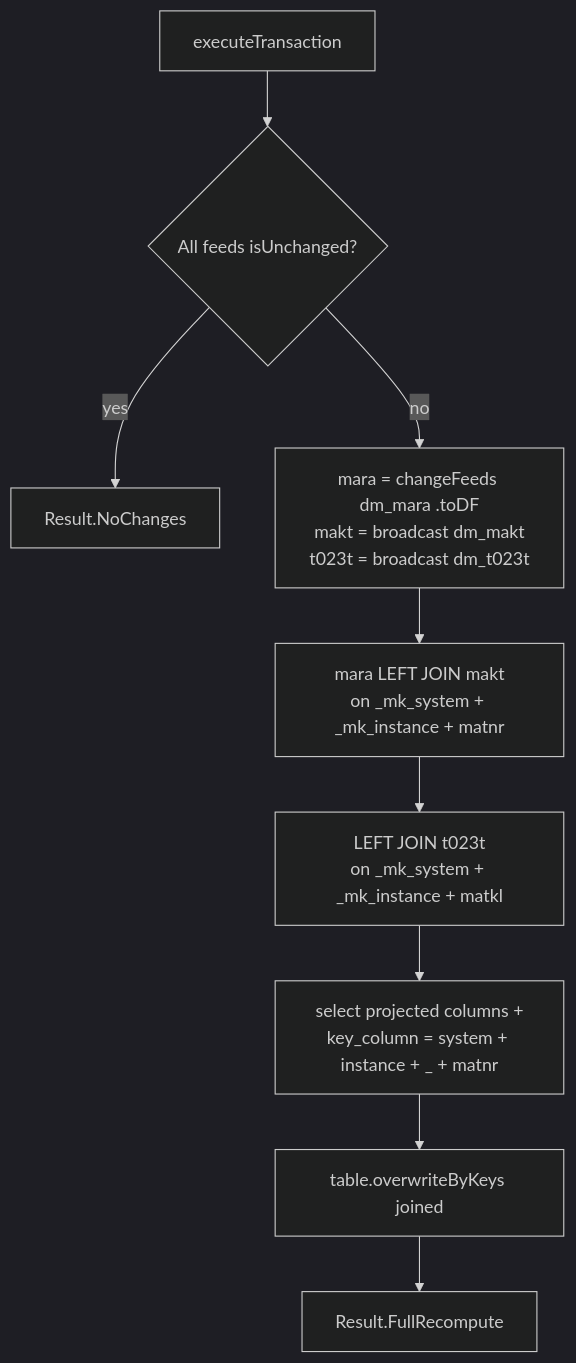
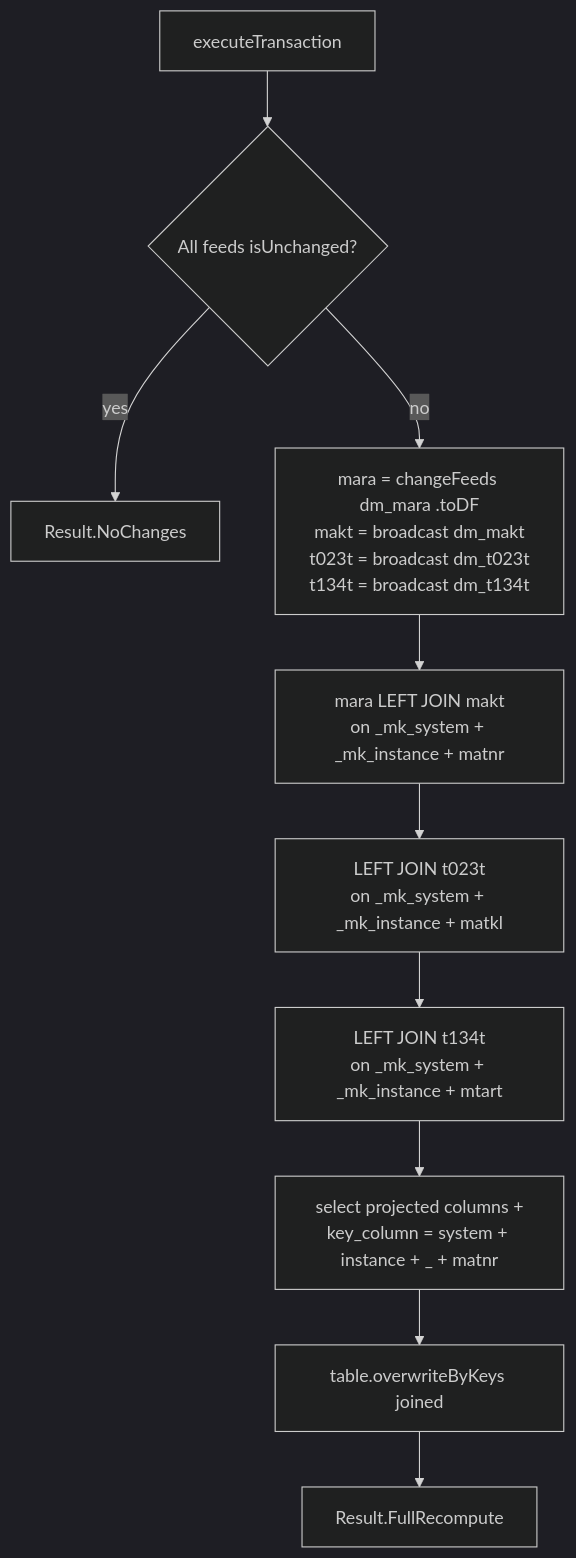
One commit to ChrisMuki/ct-dp-lakehouse-dbxjob changed the diagram in lakehouse/docs/dm_md/fin_hawk/MDM_WORKFLOW.md. Above: the diagram before and after it, drawn with Mermaid (dark theme). The commit also changed other lines of this file and 8 other files, not shown here.

````diff
--- a/lakehouse/docs/dm_md/fin_hawk/MDM_WORKFLOW.md
+++ b/lakehouse/docs/dm_md/fin_hawk/MDM_WORKFLOW.md
@@ -36,11 +38,12 @@
 ```mermaid
 flowchart TD
     A[executeTransaction] --> B{All feeds isUnchanged?}
     B -- yes --> C[Result.NoChanges]
-    B -- no --> D[mara = changeFeeds dm_mara .toDF<br/>makt = broadcast dm_makt<br/>t023t = broadcast dm_t023t]
+    B -- no --> D[mara = changeFeeds dm_mara .toDF<br/>makt = broadcast dm_makt<br/>t023t = broadcast dm_t023t<br/>t134t = broadcast dm_t134t]
     D --> E[mara LEFT JOIN makt<br/>on _mk_system + _mk_instance + matnr]
     E --> F[LEFT JOIN t023t<br/>on _mk_system + _mk_instance + matkl]
-    F --> G[select projected columns +<br/>key_column = system + instance + _ + matnr]
+    F --> F2[LEFT JOIN t134t<br/>on _mk_system + _mk_instance + mtart]
+    F2 --> G[select projected columns +<br/>key_column = system + instance + _ + matnr]
     G --> H[table.overwriteByKeys joined]
     H --> I[Result.FullRecompute]
 ```
````
